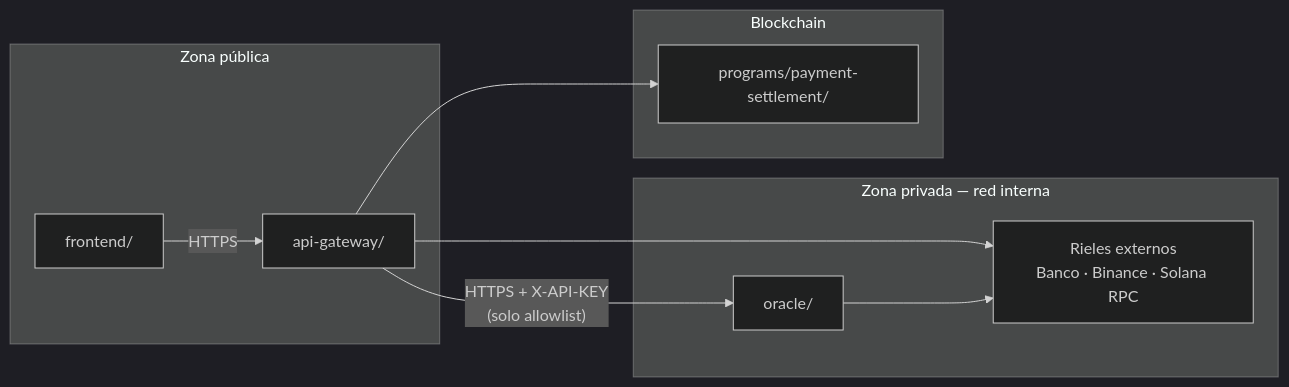
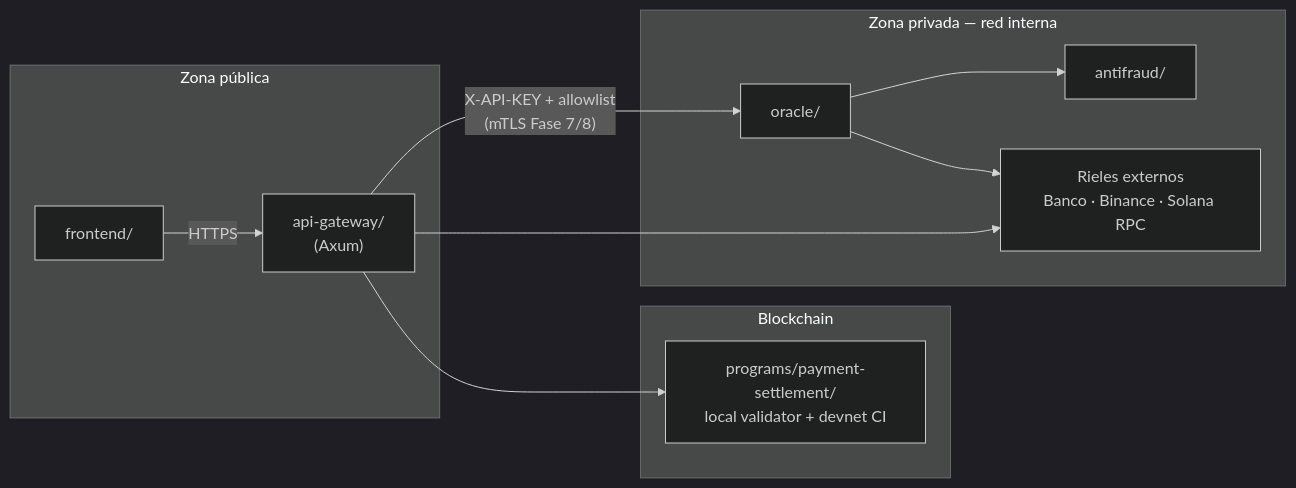
The second of 6 diagrams in Doc/Arquitectura.md (rastrahm/pasarela), drawn with Mermaid (dark theme) before and after one commit. The commit also changed other lines of this file and 4 other files, not shown here.

````diff
--- a/Doc/Arquitectura.md
+++ b/Doc/Arquitectura.md
@@ -180,22 +202,24 @@
 ```mermaid
 flowchart LR
     subgraph Public["Zona pública"]
         FE["frontend/"]
-        GW["api-gateway/"]
+        GW["api-gateway/\n(Axum)"]
     end
 
     subgraph Private["Zona privada — red interna"]
         OR["oracle/"]
+        AF["antifraud/"]
         Rails["Rieles externos\nBanco · Binance · Solana RPC"]
     end
 
     subgraph Chain["Blockchain"]
-        SC["programs/payment-settlement/"]
+        SC["programs/payment-settlement/\nlocal validator + devnet CI"]
     end
 
     FE -->|"HTTPS"| GW
-    GW -->|"HTTPS + X-API-KEY\n(solo allowlist)"| OR
+    GW -->|"X-API-KEY + allowlist\n(mTLS Fase 7/8)"| OR
+    OR --> AF
     GW --> Rails
     GW --> SC
     OR --> Rails
 ```
````
